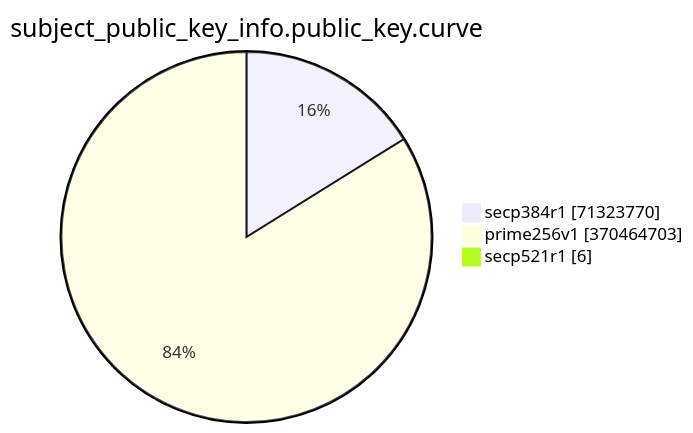
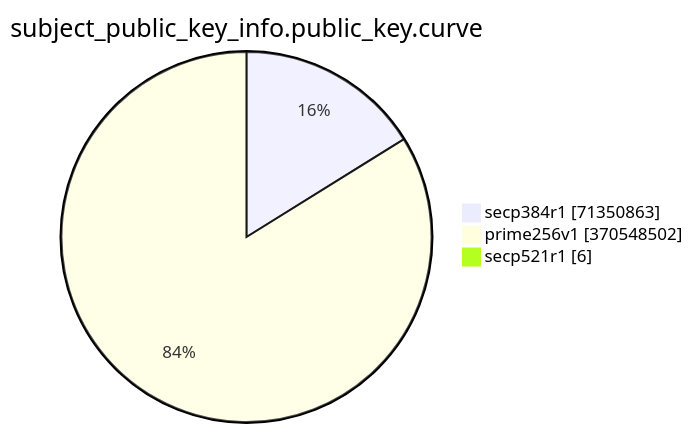
Before and after one commit to christiankrug/ctmonitor_visualization: the eighth of 15 diagrams in TOTAL/README.md, drawn with Mermaid. The commit also changed other lines of this file, not shown here.

````diff
--- a/TOTAL/README.md
+++ b/TOTAL/README.md
@@ -3094,7 +3094,7 @@
 ```mermaid
 pie showData
 title subject_public_key_info.public_key.curve
-"secp384r1" :71323770
-"prime256v1" :370464703
+"secp384r1" :71350863
+"prime256v1" :370548502
 "secp521r1" :6
 ```
````
